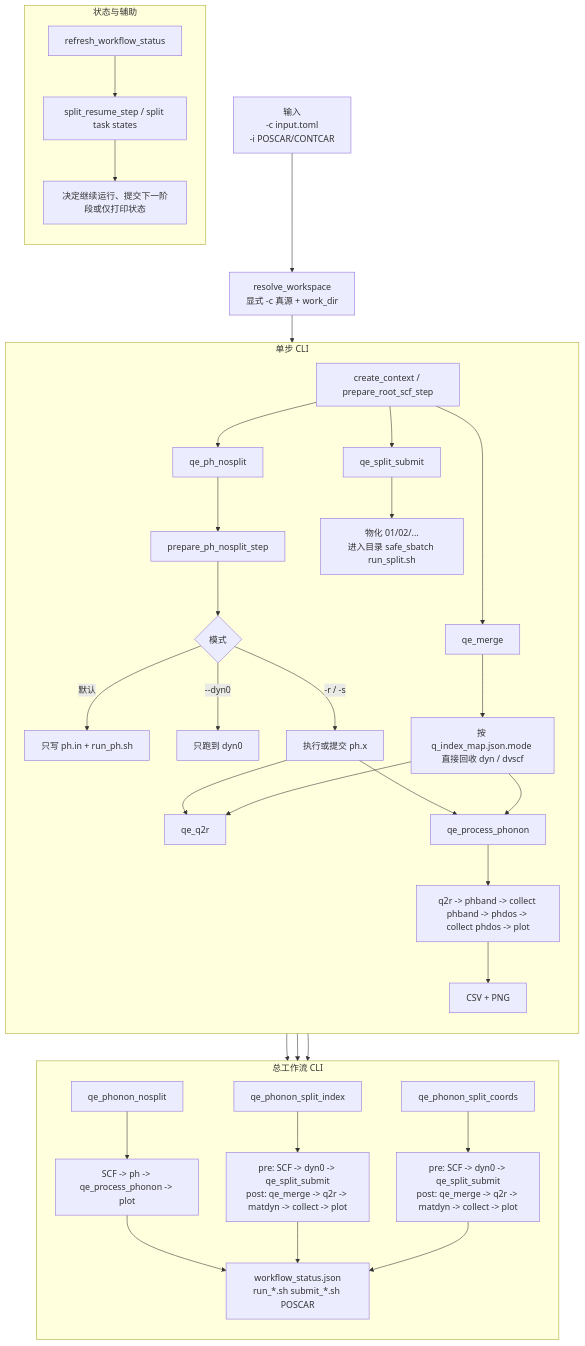
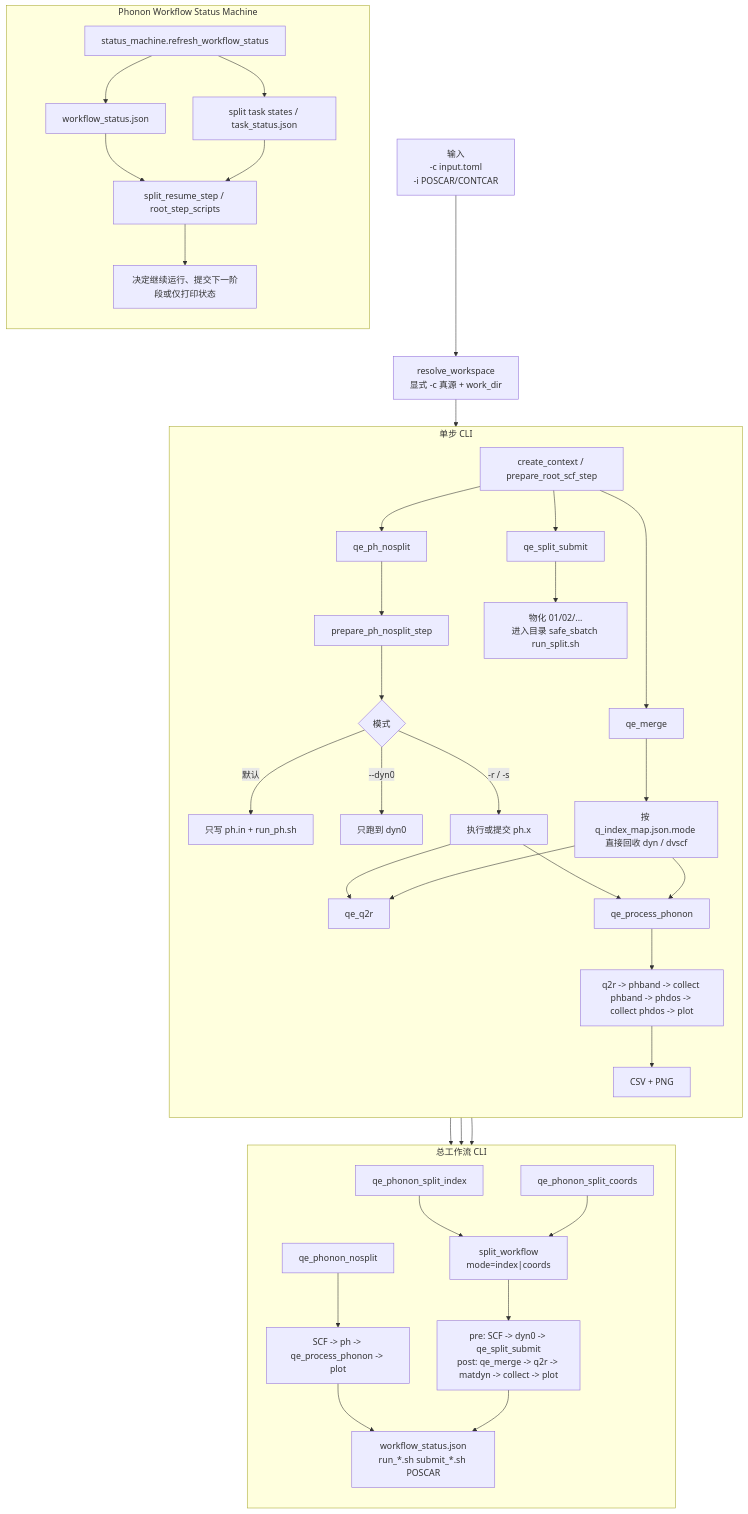
One commit to JLU-ICCMS-MaYuan/dftflow changed the diagram in qeflow/phonon/phonon-cli-flow.mmd. Above: the diagram before and after it, drawn with Mermaid. The commit also changed 32 other files, not shown here.

```diff
--- a/qeflow/phonon/phonon-cli-flow.mmd
+++ b/qeflow/phonon/phonon-cli-flow.mmd
@@ -1,46 +1,49 @@
 flowchart TD
     A["输入<br/>-c input.toml<br/>-i POSCAR/CONTCAR"] --> B["resolve_workspace<br/>显式 -c 真源 + work_dir"]
     B --> C["create_context / prepare_root_scf_step"]
 
     subgraph P0["单步 CLI"]
         direction TD
         C --> P1["qe_ph_nosplit"]
         P1 --> P1A["prepare_ph_nosplit_step"]
         P1A --> P1B{"模式"}
         P1B -->|默认| P1C["只写 ph.in + run_ph.sh"]
         P1B -->| --dyn0 | P1D["只跑到 dyn0"]
         P1B -->| -r / -s | P1E["执行或提交 ph.x"]
 
         C --> P4["qe_merge"]
         P4 --> P4A["按 q_index_map.json.mode 直接回收 dyn / dvscf"]
         C --> P4B["qe_split_submit"]
         P4B --> P4C["物化 01/02/...<br/>进入目录 safe_sbatch run_split.sh"]
 
         P1E --> P5["qe_q2r"]
         P4A --> P5
         P1E --> P6["qe_process_phonon"]
         P4A --> P6
         P6 --> P6A["q2r -> phband -> collect phband -> phdos -> collect phdos -> plot"]
         P6A --> P6B["CSV + PNG"]
     end
 
     subgraph P8["总工作流 CLI"]
         direction TD
         C --> W1["qe_phonon_nosplit"]
         C --> W2["qe_phonon_split_index"]
         C --> W3["qe_phonon_split_coords"]
 
         W1 --> W1A["SCF -> ph -> qe_process_phonon -> plot"]
-        W2 --> W2A["pre: SCF -> dyn0 -> qe_split_submit<br/>post: qe_merge -> q2r -> matdyn -> collect -> plot"]
-        W3 --> W3A["pre: SCF -> dyn0 -> qe_split_submit<br/>post: qe_merge -> q2r -> matdyn -> collect -> plot"]
+        W2 --> SW["split_workflow<br/>mode=index|coords"]
+        W3 --> SW
+        SW --> W2A["pre: SCF -> dyn0 -> qe_split_submit<br/>post: qe_merge -> q2r -> matdyn -> collect -> plot"]
 
         W1A --> WS["workflow_status.json<br/>run_*.sh submit_*.sh POSCAR"]
         W2A --> WS
-        W3A --> WS
     end
 
-    subgraph P9["状态与辅助"]
+    subgraph P9["Phonon Workflow Status Machine"]
         direction TD
-        H1["refresh_workflow_status"] --> H2["split_resume_step / split task states"]
-        H2 --> H3["决定继续运行、提交下一阶段或仅打印状态"]
+        H1["status_machine.refresh_workflow_status"] --> H2["workflow_status.json"]
+        H1 --> H3["split task states / task_status.json"]
+        H2 --> H4["split_resume_step / root_step_scripts"]
+        H3 --> H4
+        H4 --> H5["决定继续运行、提交下一阶段或仅打印状态"]
     end
```
